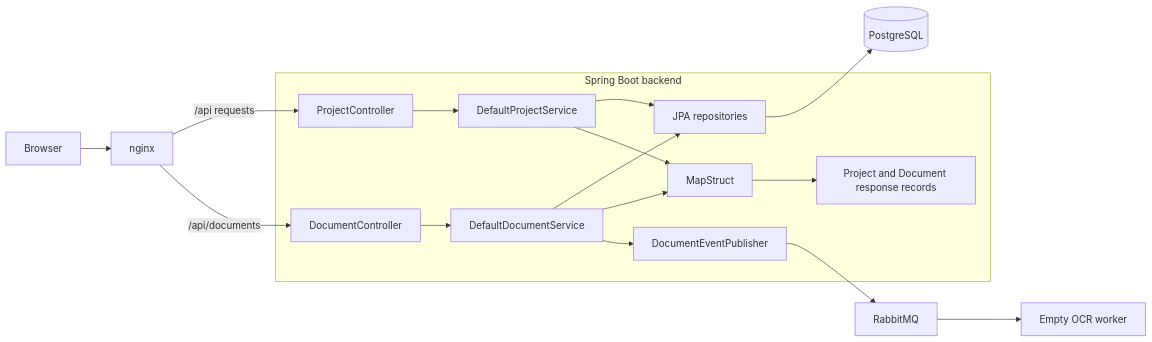
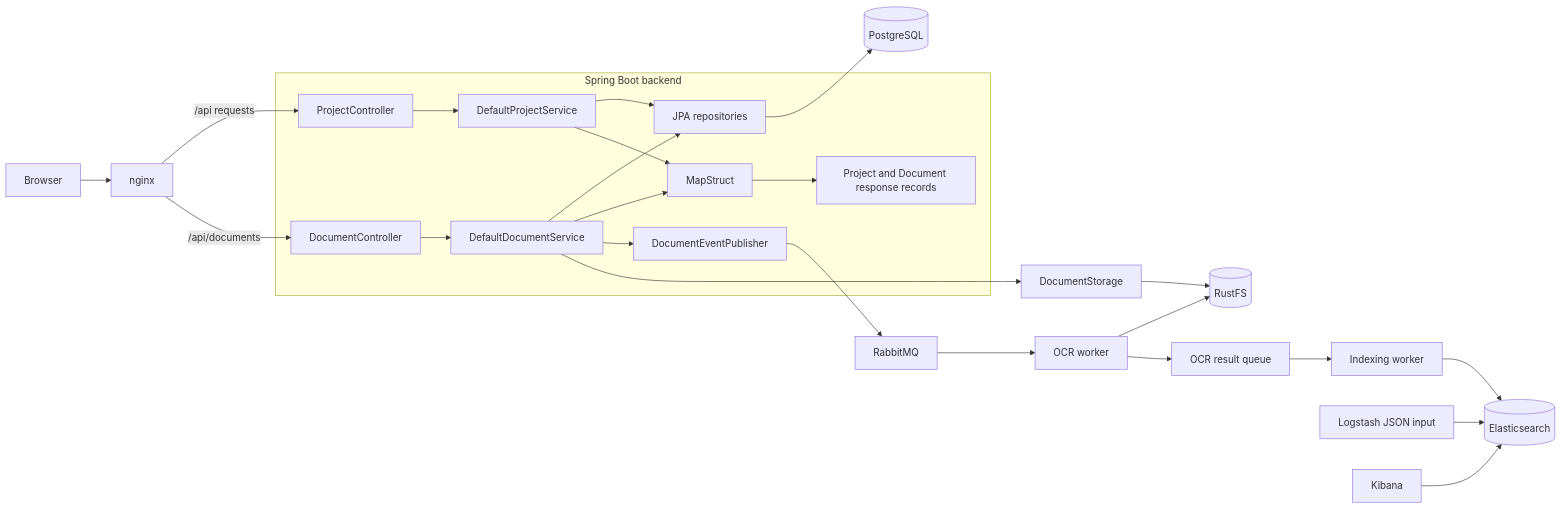
Before and after one commit to SimSta123/SWEN-3-Document-Management-System: the diagram in README.md, drawn with Mermaid. The commit also changed other lines of this file and 26 other files, not shown here.

First line of the commit message:
Add Sprint 4 OCR, indexing and ELK setup

````diff
--- a/README.md
+++ b/README.md
@@ -16,18 +16,24 @@
 ```mermaid
 flowchart LR
     Browser[Browser] --> Web[nginx]
     subgraph Backend[Spring Boot backend]
         Controller[ProjectController] --> Service[DefaultProjectService]
         DocumentController --> DocumentService[DefaultDocumentService]
         DocumentService --> Repository
         DocumentService --> Mapper
         DocumentService --> Publisher[DocumentEventPublisher]
         Service --> Repository[JPA repositories]
         Service --> Mapper[MapStruct]
         Mapper --> Records[Project and Document response records]
     end
     Web -->|/api requests| Controller
     Web -->|/api/documents| DocumentController
     Repository --> Database[(PostgreSQL)]
-    Publisher --> RabbitMQ --> Worker[Empty OCR worker]
+    DocumentService --> Storage[DocumentStorage] --> RustFS[(RustFS)]
+    Publisher --> RabbitMQ --> Worker[OCR worker]
+    Worker --> RustFS
+    Worker --> Results[OCR result queue]
+    Results --> Indexer[Indexing worker] --> Elasticsearch[(Elasticsearch)]
+    Logstash[Logstash JSON input] --> Elasticsearch
+    Kibana --> Elasticsearch
 ```
````
